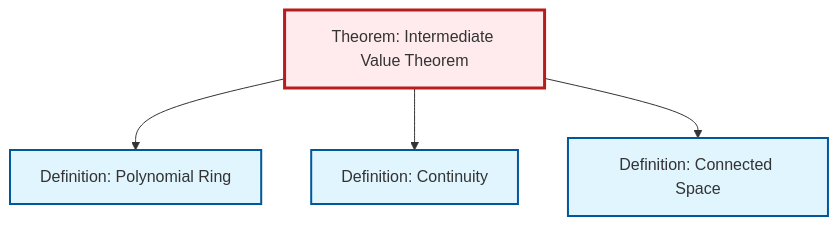
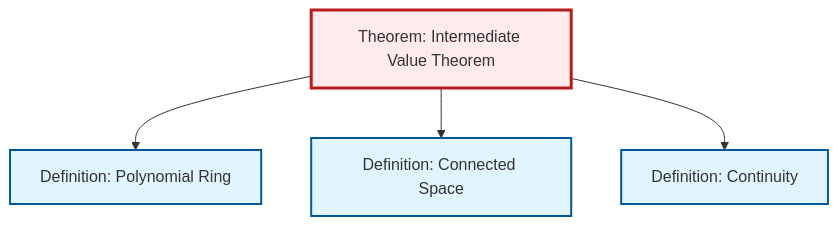
The diagram in content/ja/topology/thm-intermediate-value.qmd (RK0429/ModernMath), drawn with Mermaid before and after one commit. The commit also changed other lines of this file and 619 other files, not shown here.

````diff
--- a/content/ja/topology/thm-intermediate-value.qmd
+++ b/content/ja/topology/thm-intermediate-value.qmd
@@ -52,20 +52,20 @@
 ```{mermaid}
 %%| fig-cap: "Local dependency graph"
 graph TD
     classDef definition fill:#e1f5fe,stroke:#01579b,stroke-width:2px
     classDef theorem fill:#f3e5f5,stroke:#4a148c,stroke-width:2px
     classDef axiom fill:#fff3e0,stroke:#e65100,stroke-width:2px
     classDef example fill:#e8f5e9,stroke:#1b5e20,stroke-width:2px
     classDef current fill:#ffebee,stroke:#b71c1c,stroke-width:3px
+    thm-intermediate-value["Theorem: Intermediate Value Theorem"]:::theorem
+    def-continuity["Definition: Continuity"]:::definition
     def-connected["Definition: Connected Space"]:::definition
     def-polynomial-ring["Definition: Polynomial Ring"]:::definition
-    thm-intermediate-value["Theorem: Intermediate Value Theorem"]:::theorem
-    def-continuity["Definition: Continuity"]:::definition
     thm-intermediate-value --> def-polynomial-ring
+    thm-intermediate-value --> def-connected
     thm-intermediate-value --> def-continuity
-    thm-intermediate-value --> def-connected
     class thm-intermediate-value current
+    click def-continuity "def-continuity.html" "Definition: Continuityへ"
     click def-connected "def-connected.html" "Definition: Connected Spaceへ"
     click def-polynomial-ring "def-polynomial-ring.html" "Definition: Polynomial Ringへ"
-    click def-continuity "def-continuity.html" "Definition: Continuityへ"
 ```
````
